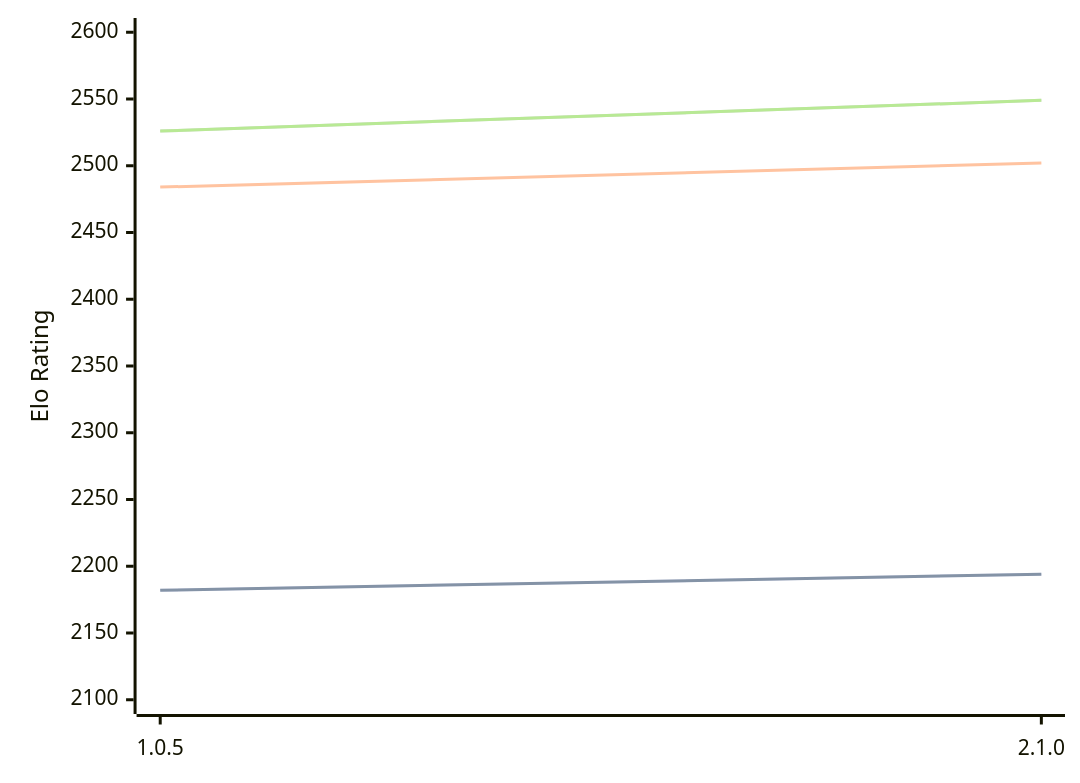
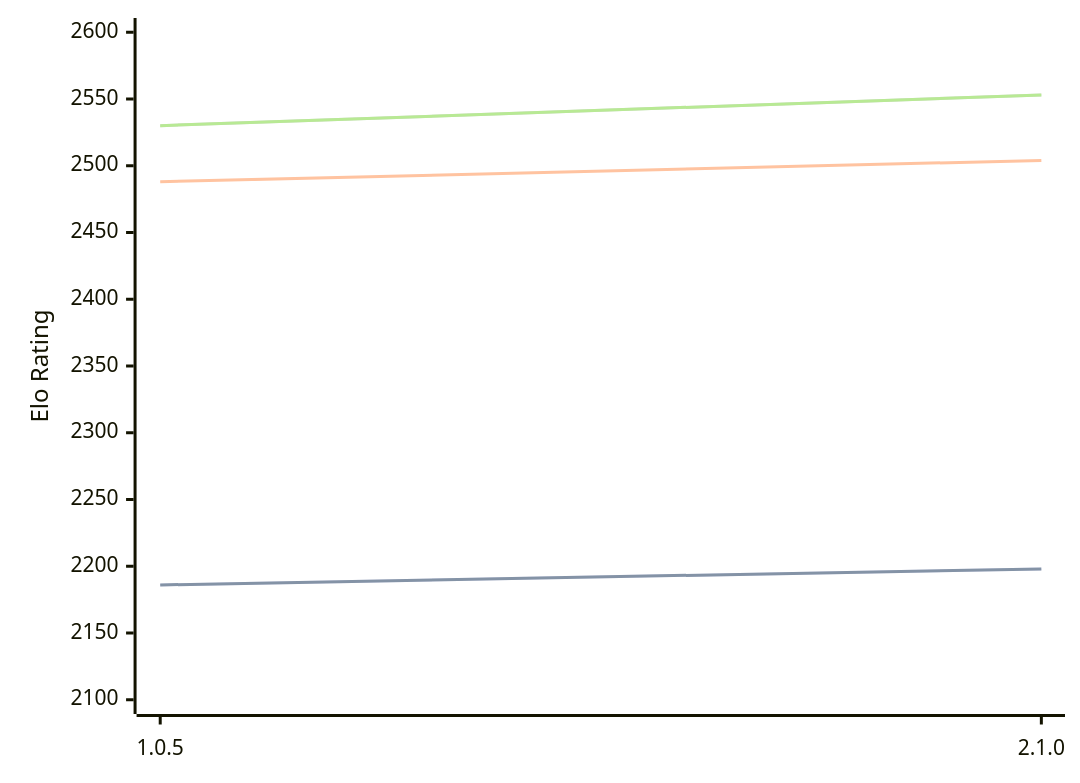
Before and after one commit to computer-chess-index/cci: the diagram in engines/Ruffian.md, drawn with Mermaid. The commit also changed other lines of this file, not shown here.

Commit message:
Update CCI Ratings (ELO VLTC) - 2026-05-02

````diff
--- a/engines/Ruffian.md
+++ b/engines/Ruffian.md
@@ -32,11 +32,11 @@
 ```mermaid
 %%{init: {"theme":"base","themeVariables":{"seriesColors:['#a3a3a3','#222221','#faa371']}}}%%
 xychart-beta
   x-axis ["1.0.5", "2.1.0"]
   y-axis "Elo Rating" 2100 --> 2600
-  line "STC (8.0+0.08s)" [2182, 2194]
-  line "STC (8.0+0.08s)" [2182, 2194]
-  line "LTC (60.0+0.60s)" [2484, 2502]
-  line "VLTC (2m24s+1.12s)" [2526, 2549]
-  line "VLTC (2m24s+1.12s)" [2526, 2549]
+  line "STC (8.0+0.08s)" [2186, 2198]
+  line "STC (8.0+0.08s)" [2186, 2198]
+  line "LTC (60.0+0.60s)" [2488, 2504]
+  line "VLTC (2m24s+1.12s)" [2530, 2553]
+  line "VLTC (2m24s+1.12s)" [2530, 2553]
 ```
````
